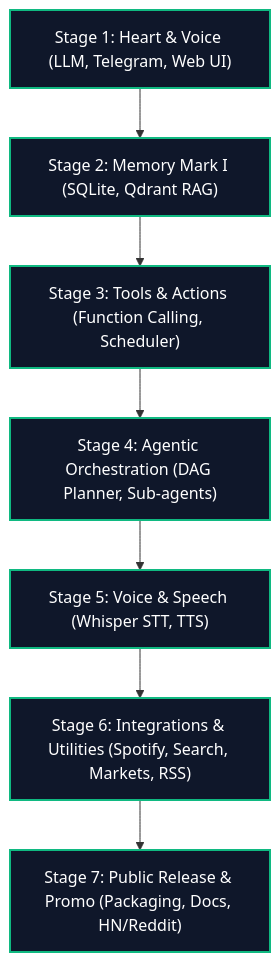
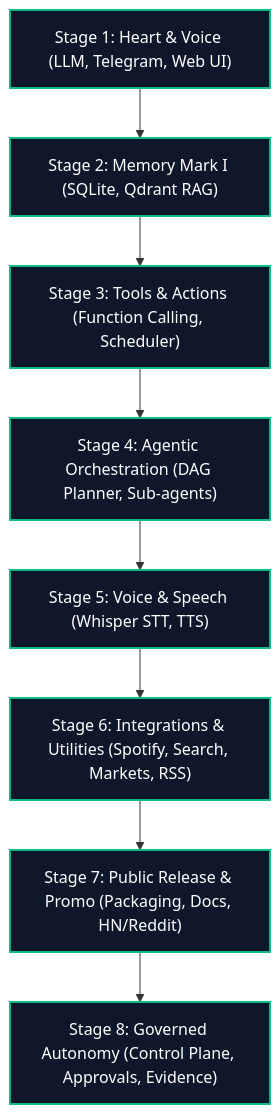
Before and after one commit to pauloberezini/hermes-synapse: the first of 2 diagrams in ROADMAP.md, drawn with Mermaid. The commit also changed other lines of this file and 121 other files, not shown here.

Commit message:
feat: add autonomous control plane and pixel office

````diff
--- a/ROADMAP.md
+++ b/ROADMAP.md
@@ -11,17 +11,19 @@
 ```mermaid
 graph TD
     Stage1["Stage 1: Heart & Voice (LLM, Telegram, Web UI)"] --> Stage2["Stage 2: Memory Mark I (SQLite, Qdrant RAG)"]
     Stage2 --> Stage3["Stage 3: Tools & Actions (Function Calling, Scheduler)"]
     Stage3 --> Stage4["Stage 4: Agentic Orchestration (DAG Planner, Sub-agents)"]
     Stage4 --> Stage5["Stage 5: Voice & Speech (Whisper STT, TTS)"]
     Stage5 --> Stage6["Stage 6: Integrations & Utilities (Spotify, Search, Markets, RSS)"]
     Stage6 --> Stage7["Stage 7: Public Release & Promo (Packaging, Docs, HN/Reddit)"]
+    Stage7 --> Stage8["Stage 8: Governed Autonomy (Control Plane, Approvals, Evidence)"]
     
     style Stage1 fill:#0f172a,stroke:#10b981,stroke-width:2px,color:#fff
     style Stage2 fill:#0f172a,stroke:#10b981,stroke-width:2px,color:#fff
     style Stage3 fill:#0f172a,stroke:#10b981,stroke-width:2px,color:#fff
     style Stage4 fill:#0f172a,stroke:#10b981,stroke-width:2px,color:#fff
     style Stage5 fill:#0f172a,stroke:#10b981,stroke-width:2px,color:#fff
     style Stage6 fill:#0f172a,stroke:#10b981,stroke-width:2px,color:#fff
     style Stage7 fill:#0f172a,stroke:#10b981,stroke-width:2px,color:#fff
+    style Stage8 fill:#0f172a,stroke:#10b981,stroke-width:2px,color:#fff
 ```
````
